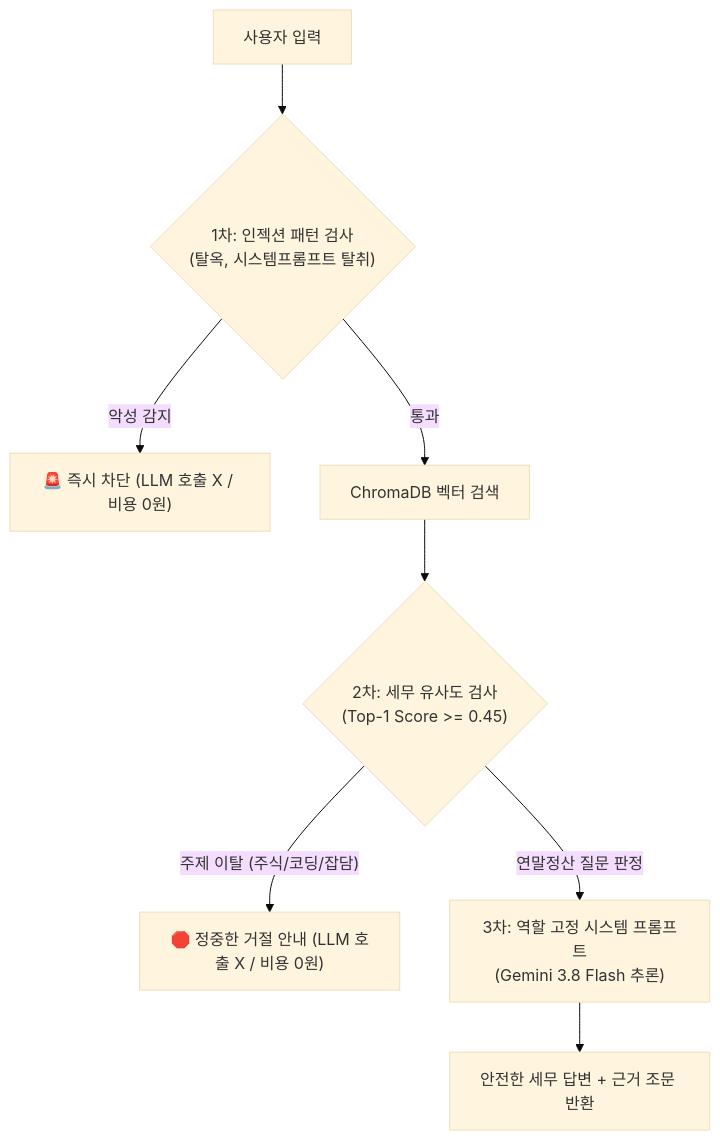
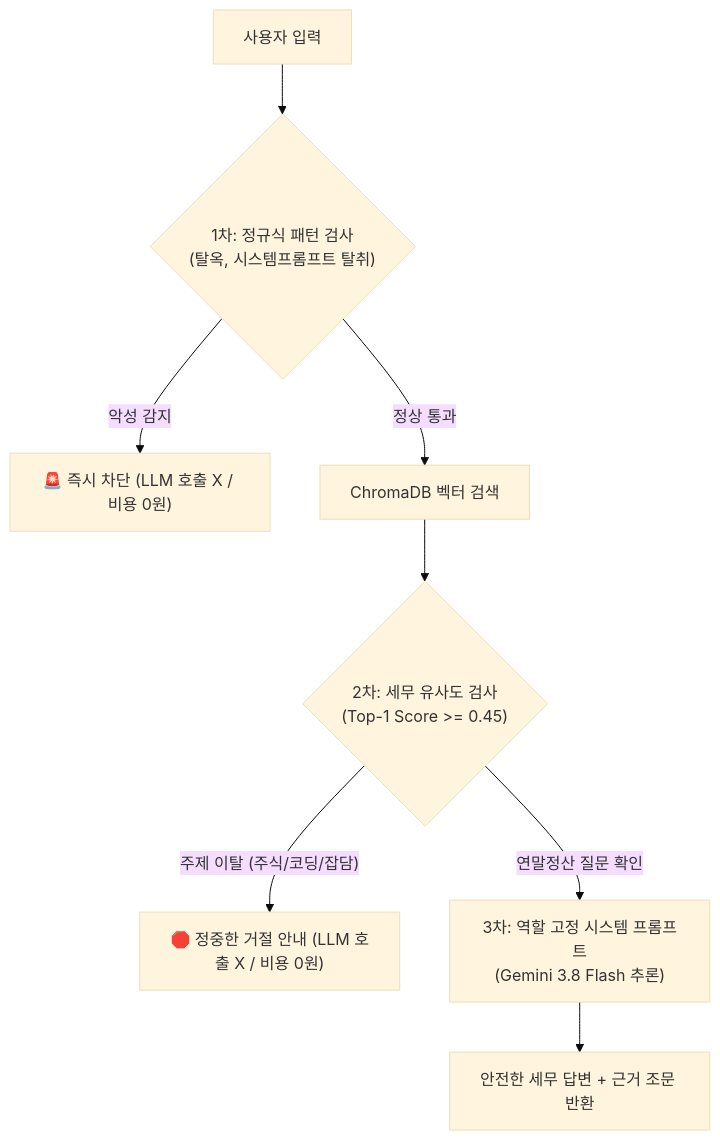
Before and after one commit to qooqookeke/rag_accounting_project: the second of 2 diagrams in README.md, drawn with Mermaid (base theme). The commit also changed other lines of this file and 1 other file, not shown here.

Commit message:
docs: 프롬프트 인젝션 다층 방어 아키텍처 및 OWASP LLM 프로덕션 보안 로드맵 문서화

````diff
--- a/README.md
+++ b/README.md
@@ -207,10 +207,10 @@
 ```mermaid
 flowchart TD
-    UserQ["사용자 입력"] --> L1{"1차: 인젝션 패턴 검사\n(탈옥, 시스템프롬프트 탈취)"}
+    UserQ["사용자 입력"] --> L1{"1차: 정규식 패턴 검사\n(탈옥, 시스템프롬프트 탈취)"}
     L1 -- "악성 감지" --> Block1["🚨 즉시 차단 (LLM 호출 X / 비용 0원)"]
-    L1 -- "통과" --> Retriever["ChromaDB 벡터 검색"]
+    L1 -- "정상 통과" --> Retriever["ChromaDB 벡터 검색"]
     Retriever --> L2{"2차: 세무 유사도 검사\n(Top-1 Score >= 0.45)"}
     L2 -- "주제 이탈 (주식/코딩/잡담)" --> Block2["🛑 정중한 거절 안내 (LLM 호출 X / 비용 0원)"]
-    L2 -- "연말정산 질문 판정" --> L3["3차: 역할 고정 시스템 프롬프트\n(Gemini 3.8 Flash 추론)"]
+    L2 -- "연말정산 질문 확인" --> L3["3차: 역할 고정 시스템 프롬프트\n(Gemini 3.8 Flash 추론)"]
     L3 --> SafeAns["안전한 세무 답변 + 근거 조문 반환"]
 ```
````
